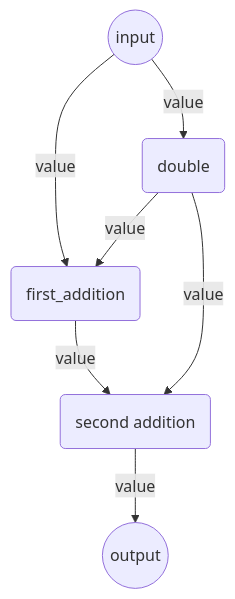
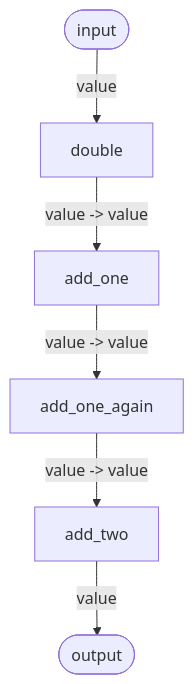
The diagram in docs/concepts/concepts.md (deepset-ai/haystack), drawn with Mermaid before and after one commit. The commit also changed other lines of this file and 10 other files, not shown here.

````diff
--- a/docs/concepts/concepts.md
+++ b/docs/concepts/concepts.md
@@ -114,9 +100,8 @@
 ```mermaid
-graph TD
-I((input)) -- value --> B(first_addition)
-I((input)) -- value --> A(double)
-A -- value --> B
-A -- value --> C
-B -- value --> C(second addition)
-C -- value --> O((output))
+graph TD;
+double -- value -> value --> add_one
+add_one -- value -> value --> add_one_again
+add_one_again -- value -> value --> add_two
+IN([input]) -- value --> double
+add_two -- value --> OUT([output])
 ```
````
